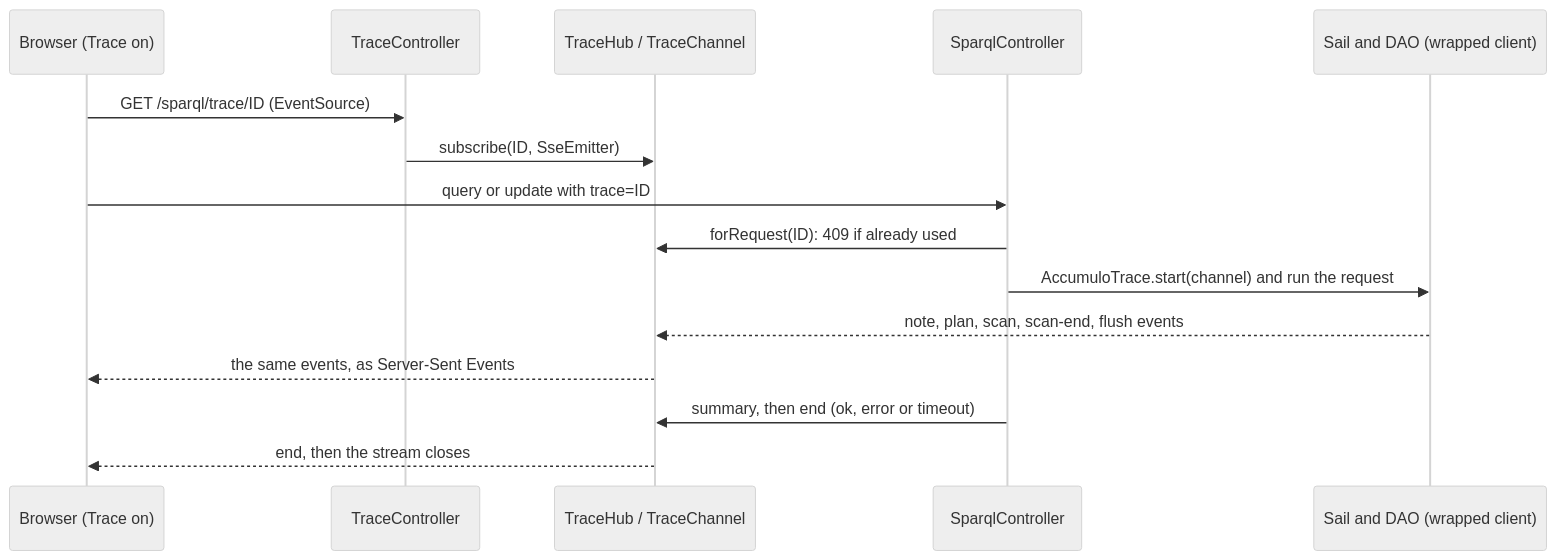
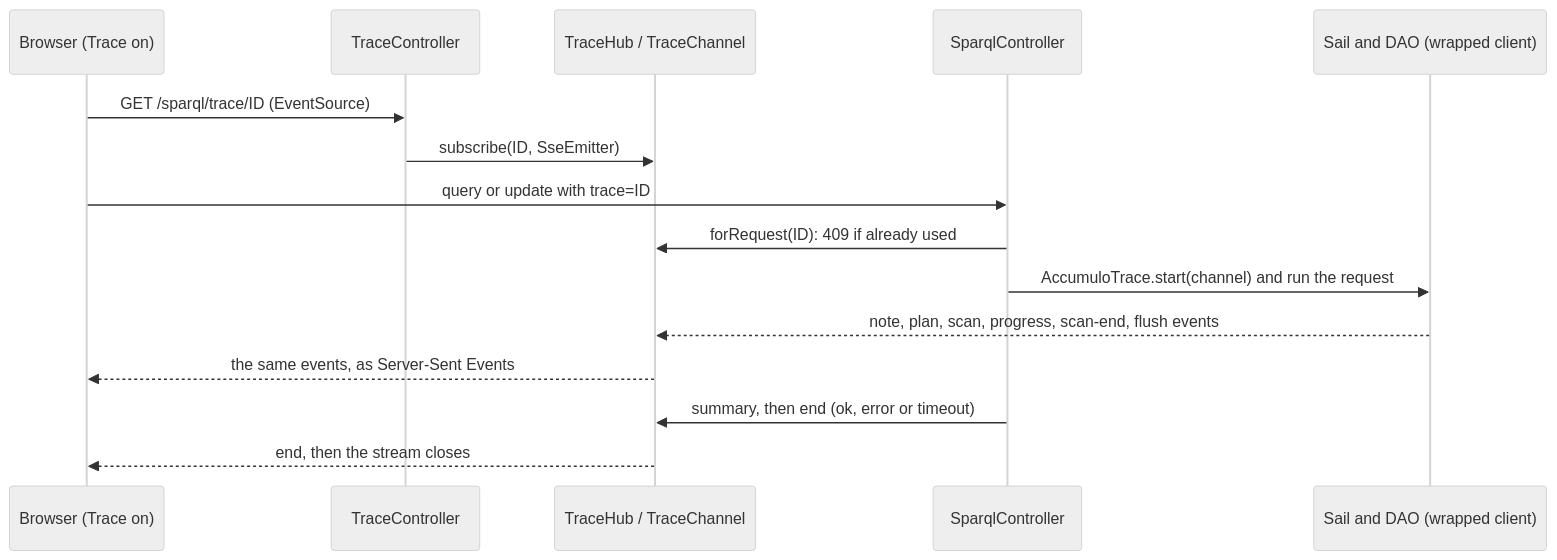
Diagram 19 of 21 in ARCH.md (dgreco/rya-ng), drawn with Mermaid (neutral theme) before and after one commit. The commit also changed other lines of this file and 12 other files, not shown here.

First line of the commit message:
Show live scan progress, and move the trace to a resizable side panel

````diff
--- a/ARCH.md
+++ b/ARCH.md
@@ -1404,17 +1405,17 @@
 ```mermaid
 sequenceDiagram
     participant B as Browser (Trace on)
     participant T as TraceController
     participant H as TraceHub / TraceChannel
     participant S as SparqlController
     participant R as Sail and DAO (wrapped client)
     B->>T: GET /sparql/trace/ID (EventSource)
     T->>H: subscribe(ID, SseEmitter)
     B->>S: query or update with trace=ID
     S->>H: forRequest(ID): 409 if already used
     S->>R: AccumuloTrace.start(channel) and run the request
-    R-->>H: note, plan, scan, scan-end, flush events
+    R-->>H: note, plan, scan, progress, scan-end, flush events
     H-->>B: the same events, as Server-Sent Events
     S->>H: summary, then end (ok, error or timeout)
     H-->>B: end, then the stream closes
 ```
````
